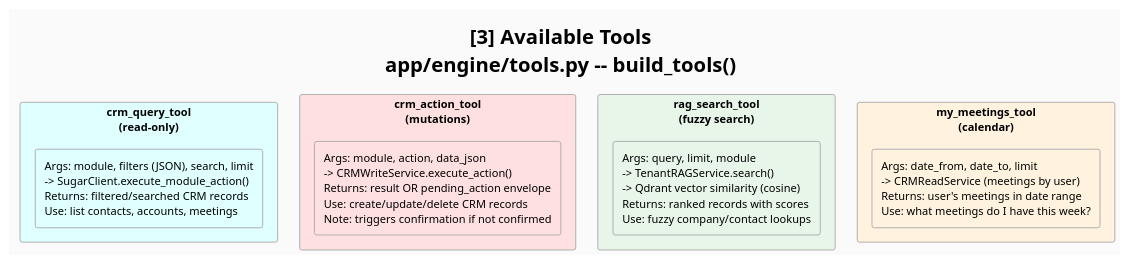
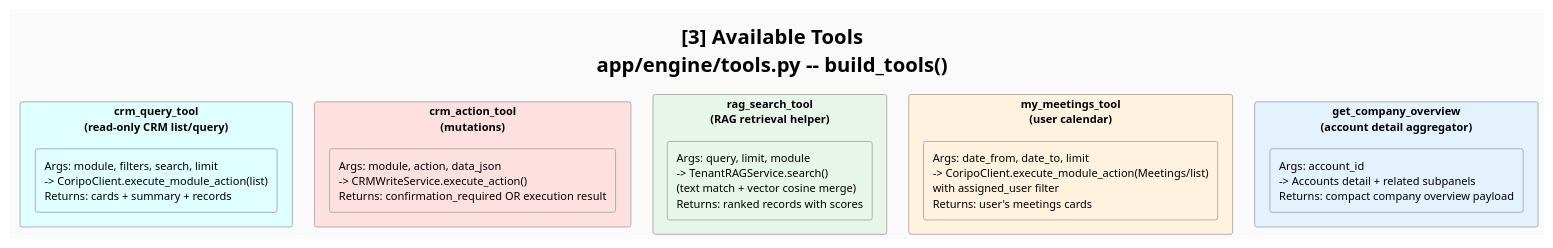
Before and after one commit to kovarjan/talk2crm: the third of 8 diagrams in docs/workflows.puml, drawn with PlantUML. The commit also changed other lines of this file and 49 other files, not shown here.

First line of the commit message:
[NEW] Add RAG search accuracy benchmark script and tests

```diff
--- a/docs/workflows.puml
+++ b/docs/workflows.puml
@@ -158,28 +160,32 @@
 @startuml diagram_3_tools
 !theme plain
 skinparam defaultFontSize 12
 skinparam ArrowColor #555
 skinparam BackgroundColor #FAFAFA
 skinparam NoteBackgroundColor #FFFDE7
 skinparam NoteBorderColor #F9A825
 skinparam rectangleBackgroundColor #F5F5F5
 skinparam rectangleBorderColor #AAAAAA
 
 title [3] Available Tools\napp/engine/tools.py -- build_tools()
 
-rectangle "crm_query_tool\n(read-only)" #LightCyan {
-  rectangle "Args: module, filters (JSON), search, limit\n-> SugarClient.execute_module_action()\nReturns: filtered/searched CRM records\nUse: list contacts, accounts, meetings" as CQT_body #LightCyan
+rectangle "crm_query_tool\n(read-only CRM list/query)" #LightCyan {
+  rectangle "Args: module, filters, search, limit\n-> CoripoClient.execute_module_action(list)\nReturns: cards + summary + records" as CQT_body #LightCyan
 }
 
 rectangle "crm_action_tool\n(mutations)" #FFE0E0 {
-  rectangle "Args: module, action, data_json\n-> CRMWriteService.execute_action()\nReturns: result OR pending_action envelope\nUse: create/update/delete CRM records\nNote: triggers confirmation if not confirmed" as CAT_body #FFE0E0
+  rectangle "Args: module, action, data_json\n-> CRMWriteService.execute_action()\nReturns: confirmation_required OR execution result" as CAT_body #FFE0E0
 }
 
-rectangle "rag_search_tool\n(fuzzy search)" #E8F5E9 {
-  rectangle "Args: query, limit, module\n-> TenantRAGService.search()\n-> Qdrant vector similarity (cosine)\nReturns: ranked records with scores\nUse: fuzzy company/contact lookups" as RST_body #E8F5E9
+rectangle "rag_search_tool\n(RAG retrieval helper)" #E8F5E9 {
+  rectangle "Args: query, limit, module\n-> TenantRAGService.search()\n(text match + vector cosine merge)\nReturns: ranked records with scores" as RST_body #E8F5E9
 }
 
-rectangle "my_meetings_tool\n(calendar)" #FFF3E0 {
-  rectangle "Args: date_from, date_to, limit\n-> CRMReadService (meetings by user)\nReturns: user's meetings in date range\nUse: what meetings do I have this week?" as MMT_body #FFF3E0
+rectangle "my_meetings_tool\n(user calendar)" #FFF3E0 {
+  rectangle "Args: date_from, date_to, limit\n-> CoripoClient.execute_module_action(Meetings/list)\nwith assigned_user filter\nReturns: user's meetings cards" as MMT_body #FFF3E0
+}
+
+rectangle "get_company_overview\n(account detail aggregator)" #E3F2FD {
+  rectangle "Args: account_id\n-> Accounts detail + related subpanels\nReturns: compact company overview payload" as GOV_body #E3F2FD
 }
 @enduml
```
